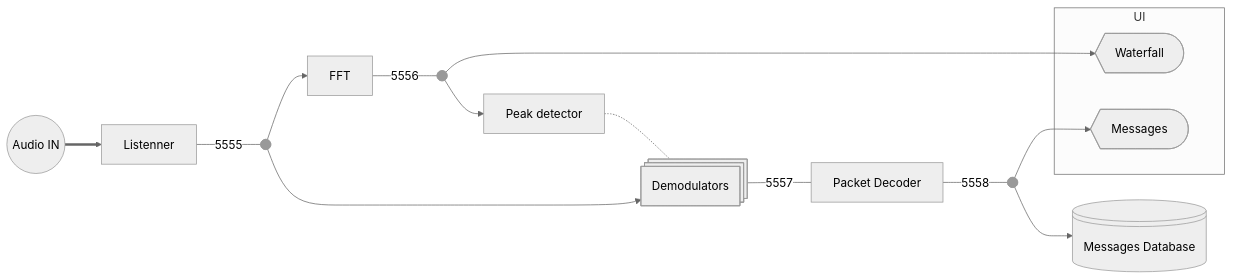
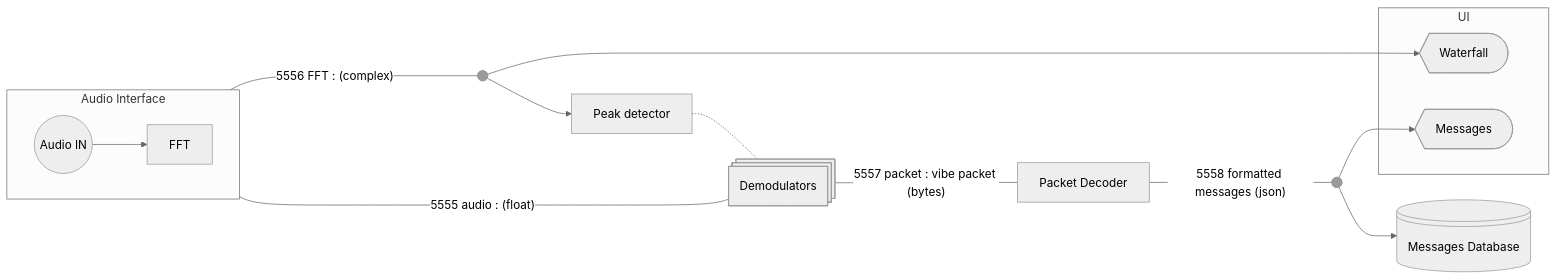
One commit to BimBim134/vibe-audioModem changed the first of 2 diagrams in research/architecture_diagram.md. Above: the diagram before and after it, drawn with Mermaid (neutral theme). The commit also changed other lines of this file, not shown here.

Commit message:
architecture finished

````diff
--- a/research/architecture_diagram.md
+++ b/research/architecture_diagram.md
@@ -4,29 +4,30 @@
 ```mermaid
 flowchart LR
-IN@{ shape: circle, label: "Audio IN"}
-LST[Listenner]
-FFT
 PD[Peak detector]
 DM@{shape: procs, label: "Demodulators"}
 P2B[Packet Decoder]
 DB@{ shape: lin-cyl, label: "Messages Database"}
 
 subgraph UI
 Waterfall@{ shape: curv-trap, label: "Waterfall"}
 Messages@{ shape: curv-trap, label: "Messages"}
 end
 
-AUDIO_data@{ shape: f-circ}
+subgraph AI[Audio Interface]
+direction LR
+IN@{ shape: circle, label: "Audio IN"}
+FFT
+end
+
 FFT_data@{ shape: f-circ}
 MESSAGES_data@{ shape: f-circ}
 
-LST ---|5555| AUDIO_data
-FFT ---|5556| FFT_data --> PD
-DM  ---|5557| P2B
-P2B ---|5558| MESSAGES_data --> Messages & DB
+AI ---|"5555 audio : (float)"| DM
+AI ----|"5556 FFT : (complex)"| FFT_data --> PD
+DM  ---|"5557 packet : vibe packet (bytes)"| P2B
+P2B ---|"5558 formatted messages (json)"| MESSAGES_data --> Messages & DB
 
-IN ==> LST
-AUDIO_data --> FFT & DM
+IN --> FFT
 FFT_data --> Waterfall
 PD -.- DM
 ```
````
